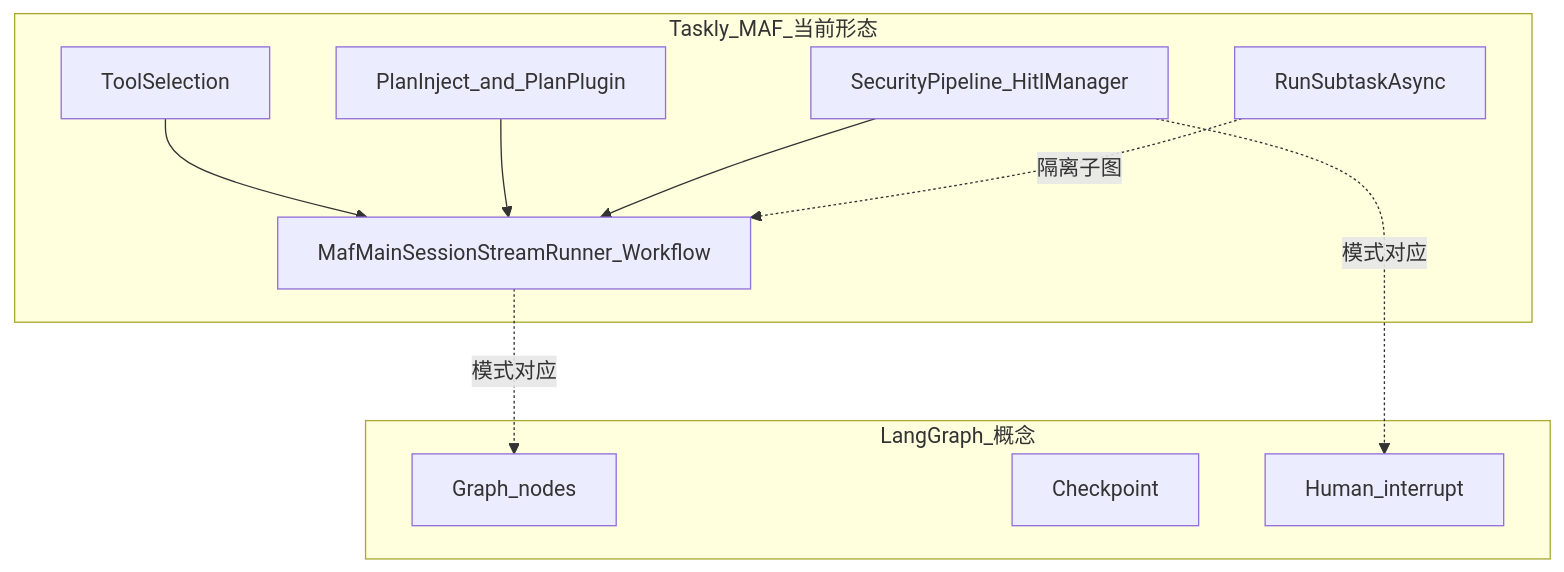
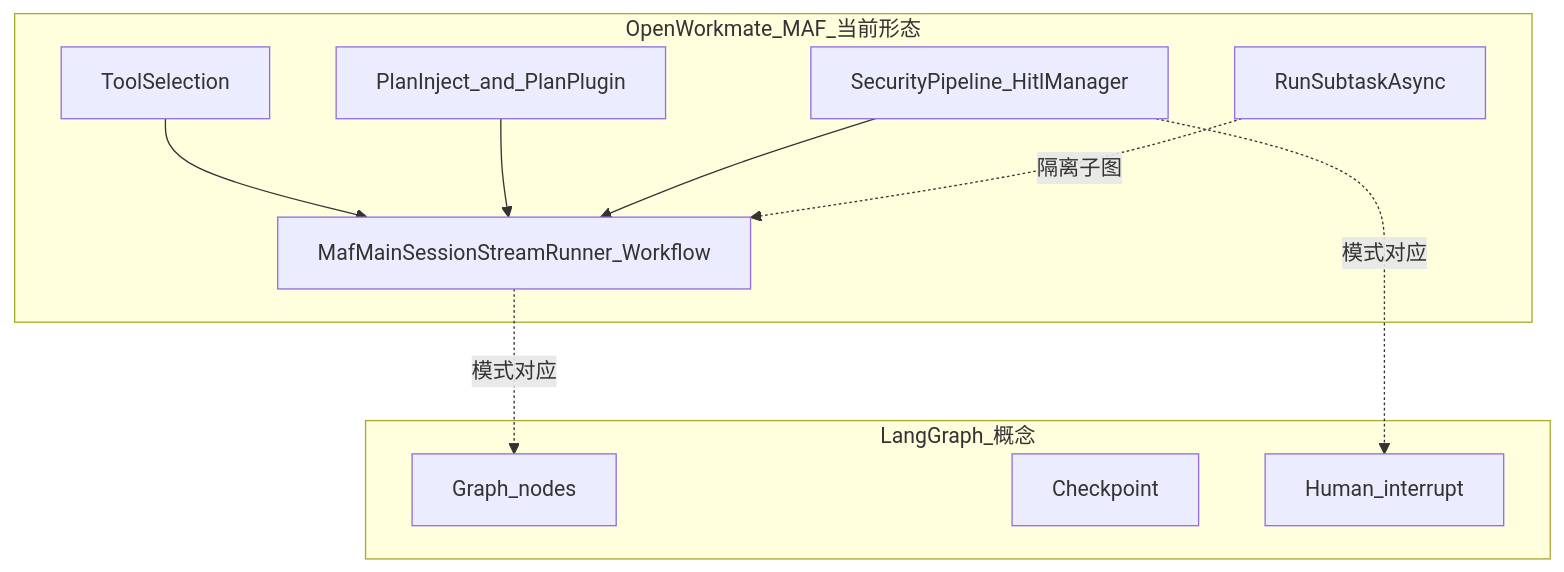
One commit to torsilver/OpenWorkmate changed the diagram in docs/开源AI借鉴落地.md. Above: the diagram before and after it, drawn with Mermaid. The commit also changed other lines of this file and 478 other files, not shown here.

First line of the commit message:
refactor: rename product to Open Workmate (OpenWorkmate)

````diff
--- a/docs/开源AI借鉴落地.md
+++ b/docs/开源AI借鉴落地.md
@@ -109,21 +109,21 @@
 ```mermaid
 flowchart TB
-  subgraph taskly [Taskly_MAF_当前形态]
+  subgraph OpenWorkmate [OpenWorkmate_MAF_当前形态]
     TS[ToolSelection]
     MafStream[MafMainSessionStreamRunner_Workflow]
     Plan[PlanInject_and_PlanPlugin]
     HITL[SecurityPipeline_HitlManager]
     Sub[RunSubtaskAsync]
   end
   subgraph langgraph [LangGraph_概念]
     Node[Graph_nodes]
     Check[Checkpoint]
     Human[Human_interrupt]
   end
   TS --> MafStream
   Plan --> MafStream
   HITL --> MafStream
   Sub -.->|隔离子图| MafStream
   MafStream -.->|模式对应| Node
   HITL -.->|模式对应| Human
 ```
````
